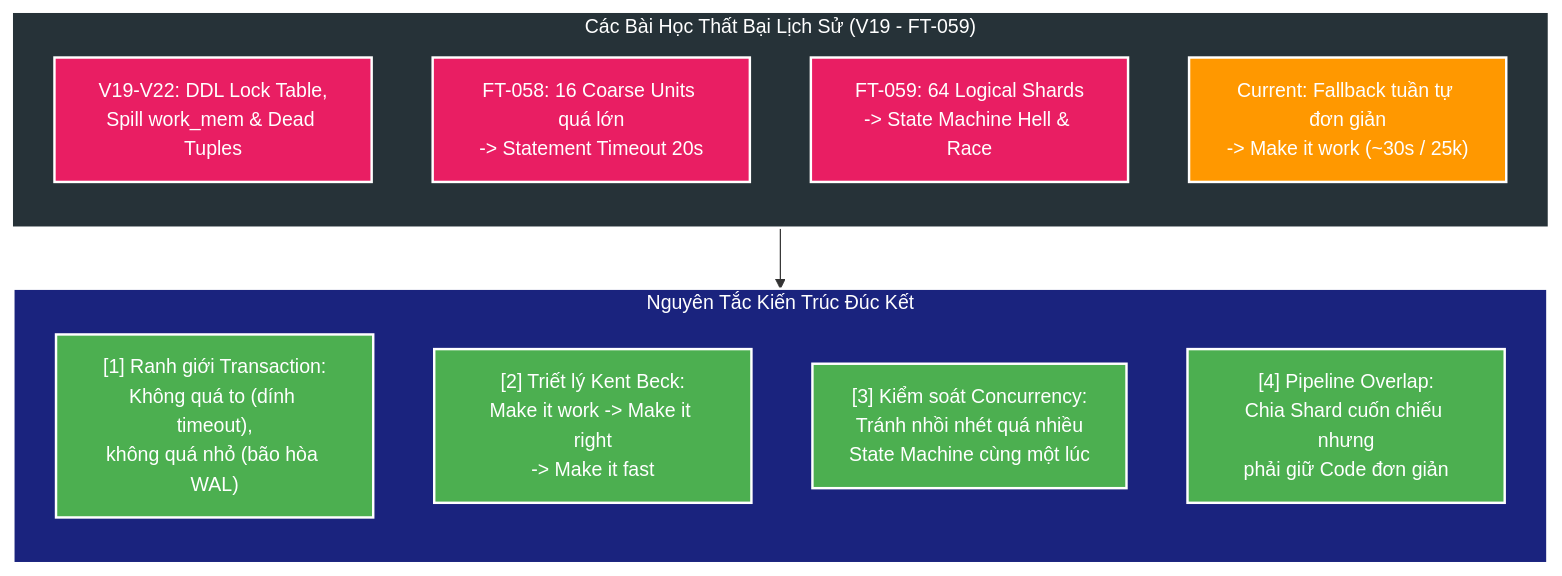
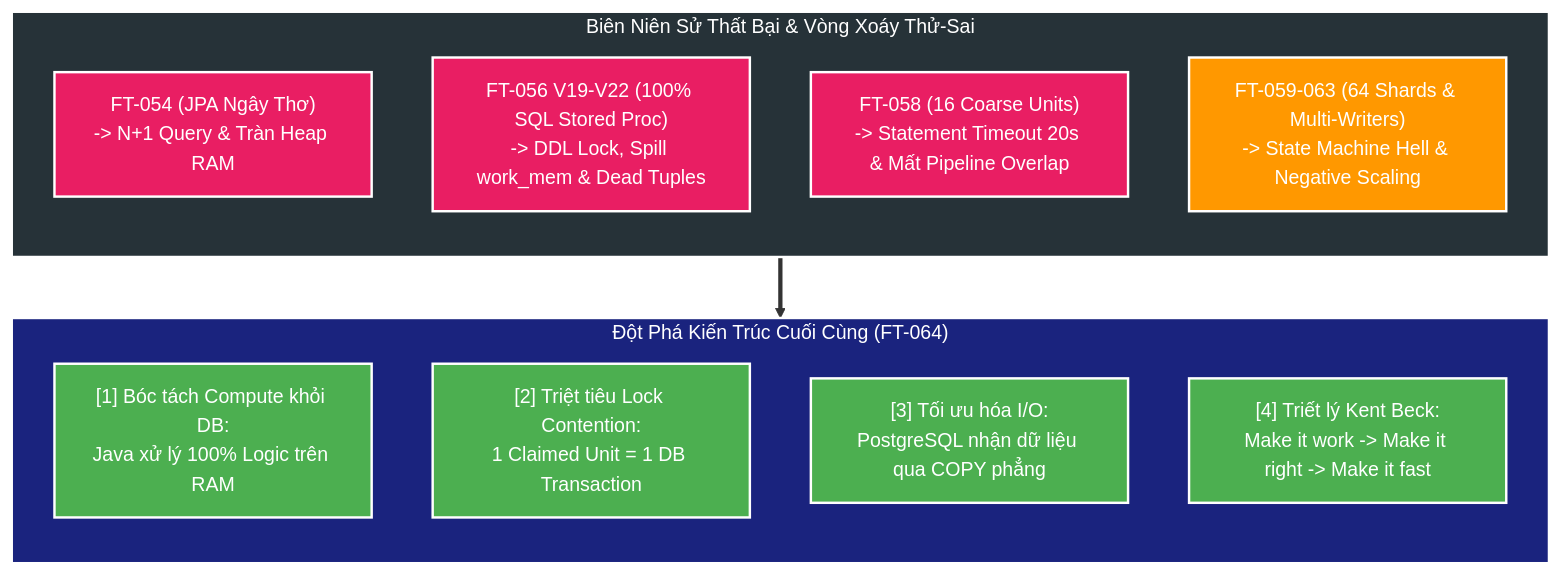
The second of 3 diagrams in manual/learning/deep-dive/catalog-service/01-catalog-coalescing-and-reconciliation-deep-dive.md (HungPhan200591/file-mngt-be-v2), drawn with Mermaid before and after one commit. The commit also changed other lines of this file and 24 other files, not shown here.

````diff
--- a/manual/learning/deep-dive/catalog-service/01-catalog-coalescing-and-reconciliation-deep-dive.md
+++ b/manual/learning/deep-dive/catalog-service/01-catalog-coalescing-and-reconciliation-deep-dive.md
@@ -141,30 +135,28 @@
 ```mermaid
 flowchart TD
-    subgraph FAIL["Các Bài Học Thất Bại Lịch Sử (V19 - FT-059)"]
+    subgraph FAIL["Biên Niên Sử Thất Bại & Vòng Xoáy Thử-Sai"]
         direction TB
-        F1["V19-V22: DDL Lock Table,\nSpill work_mem & Dead Tuples"]
-        F2["FT-058: 16 Coarse Units quá lớn\n-> Statement Timeout 20s"]
-        F3["FT-059: 64 Logical Shards\n-> State Machine Hell & Race"]
-        F4["Current: Fallback tuần tự đơn giản\n-> Make it work (~30s / 25k)"]
+        F1["FT-054 (JPA Ngây Thơ)\n-> N+1 Query & Tràn Heap RAM"]
+        F2["FT-056 V19-V22 (100% SQL Stored Proc)\n-> DDL Lock, Spill work_mem & Dead Tuples"]
+        F3["FT-058 (16 Coarse Units)\n-> Statement Timeout 20s & Mất Pipeline Overlap"]
+        F4["FT-059-063 (64 Shards & Multi-Writers)\n-> State Machine Hell & Negative Scaling"]
     end
-
-    subgraph LESSON["Nguyên Tắc Kiến Trúc Đúc Kết"]
+    subgraph SOLUTION["Đột Phá Kiến Trúc Cuối Cùng (FT-064)"]
         direction TB
-        L1["[1] Ranh giới Transaction:\nKhông quá to (dính timeout),\nkhông quá nhỏ (bão hòa WAL)"]
-        L2["[2] Triết lý Kent Beck:\nMake it work -> Make it right\n-> Make it fast"]
-        L3["[3] Kiểm soát Concurrency:\nTránh nhồi nhét quá nhiều\nState Machine cùng một lúc"]
-        L4["[4] Pipeline Overlap:\nChia Shard cuốn chiếu nhưng\nphải giữ Code đơn giản"]
+        S1["[1] Bóc tách Compute khỏi DB:\nJava xử lý 100% Logic trên RAM"]
+        S2["[2] Triệt tiêu Lock Contention:\n1 Claimed Unit = 1 DB Transaction"]
+        S3["[3] Tối ưu hóa I/O:\nPostgreSQL nhận dữ liệu qua COPY phẳng"]
+        S4["[4] Triết lý Kent Beck:\nMake it work -> Make it right -> Make it fast"]
     end
-
-    FAIL --> LESSON
+    FAIL ==> SOLUTION
     style FAIL fill:#263238,stroke:#fff,stroke-width:2px,color:#fff
     style F1 fill:#E91E63,stroke:#fff,stroke-width:2px,color:#fff
     style F2 fill:#E91E63,stroke:#fff,stroke-width:2px,color:#fff
     style F3 fill:#E91E63,stroke:#fff,stroke-width:2px,color:#fff
     style F4 fill:#FF9800,stroke:#fff,stroke-width:2px,color:#fff
-    style LESSON fill:#1A237E,stroke:#fff,stroke-width:2px,color:#fff
-    style L1 fill:#4CAF50,stroke:#fff,stroke-width:2px,color:#fff
-    style L2 fill:#4CAF50,stroke:#fff,stroke-width:2px,color:#fff
-    style L3 fill:#4CAF50,stroke:#fff,stroke-width:2px,color:#fff
-    style L4 fill:#4CAF50,stroke:#fff,stroke-width:2px,color:#fff
+    style SOLUTION fill:#1A237E,stroke:#fff,stroke-width:2px,color:#fff
+    style S1 fill:#4CAF50,stroke:#fff,stroke-width:2px,color:#fff
+    style S2 fill:#4CAF50,stroke:#fff,stroke-width:2px,color:#fff
+    style S3 fill:#4CAF50,stroke:#fff,stroke-width:2px,color:#fff
+    style S4 fill:#4CAF50,stroke:#fff,stroke-width:2px,color:#fff
 ```
````
